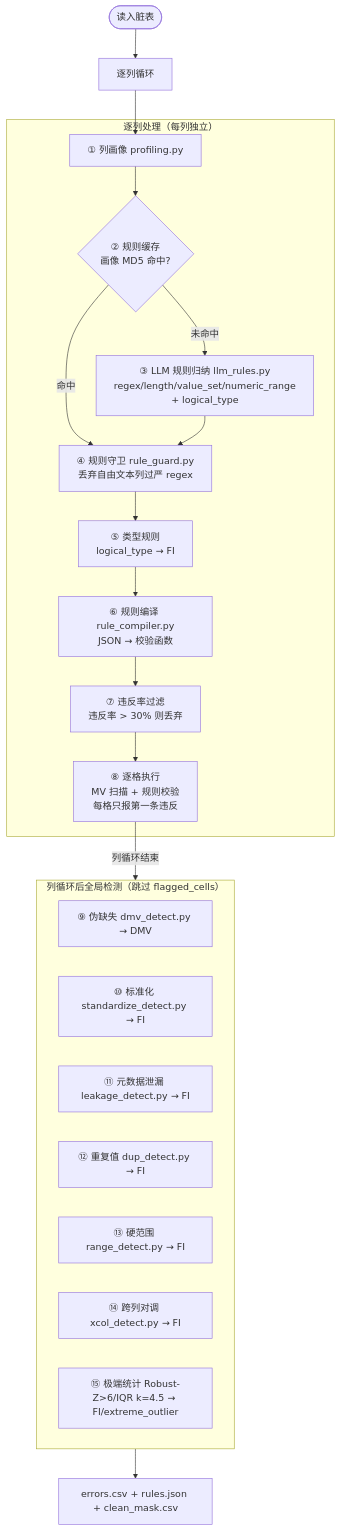
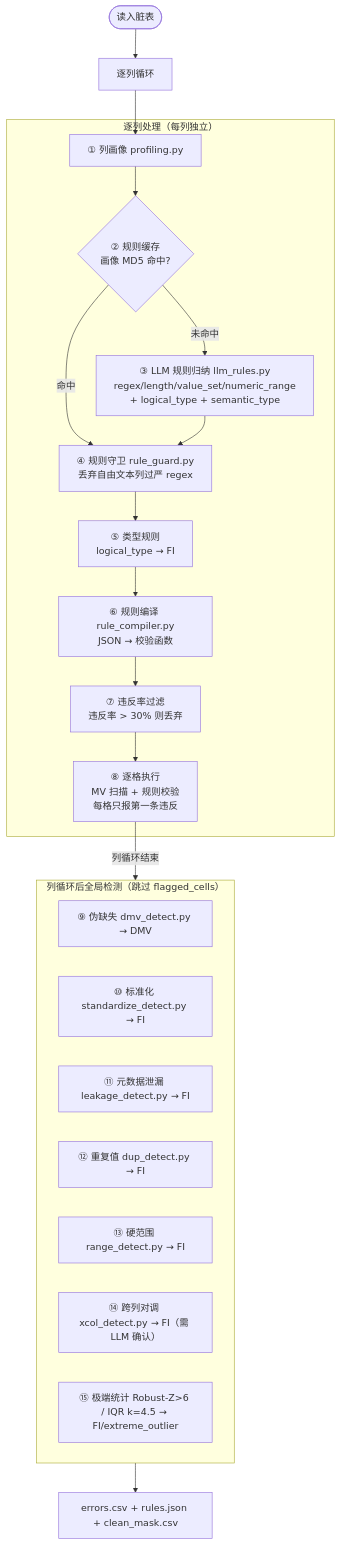
Before and after one commit to 1993371829/error_detect: the third of 5 diagrams in PIPELINE.md, drawn with Mermaid. The commit also changed other lines of this file, not shown here.

````diff
--- a/PIPELINE.md
+++ b/PIPELINE.md
@@ -171,34 +165,34 @@
 ```mermaid
 flowchart TD
     START(["读入脏表"]) --> COL_LOOP["逐列循环"]
 
     subgraph PER_COL["逐列处理（每列独立）"]
         PROF["① 列画像 profiling.py"]
         CACHE{"② 规则缓存<br/>画像 MD5 命中?"}
-        LLM["③ LLM 规则归纳 llm_rules.py<br/>regex/length/value_set/numeric_range<br/>+ logical_type"]
+        LLM["③ LLM 规则归纳 llm_rules.py<br/>regex/length/value_set/numeric_range<br/>+ logical_type + semantic_type"]
         GUARD["④ 规则守卫 rule_guard.py<br/>丢弃自由文本列过严 regex"]
         TYPE["⑤ 类型规则<br/>logical_type → FI"]
         COMPILE["⑥ 规则编译 rule_compiler.py<br/>JSON → 校验函数"]
         FILTER["⑦ 违反率过滤<br/>违反率 > 30% 则丢弃"]
         CELL["⑧ 逐格执行<br/>MV 扫描 + 规则校验<br/>每格只报第一条违反"]
     end
 
     COL_LOOP --> PROF --> CACHE
     CACHE -->|命中| GUARD
     CACHE -->|未命中| LLM --> GUARD
     GUARD --> TYPE --> COMPILE --> FILTER --> CELL
 
     CELL -->|列循环结束| GLOBAL
 
     subgraph GLOBAL["列循环后全局检测（跳过 flagged_cells）"]
         DMV["⑨ 伪缺失 dmv_detect.py → DMV"]
         STD["⑩ 标准化 standardize_detect.py → FI"]
         LEAK["⑪ 元数据泄漏 leakage_detect.py → FI"]
         DUP["⑫ 重复值 dup_detect.py → FI"]
         RANGE["⑬ 硬范围 range_detect.py → FI"]
-        XCOL["⑭ 跨列对调 xcol_detect.py → FI"]
-        STAT["⑮ 极端统计 Robust-Z>6/IQR k=4.5 → FI/extreme_outlier"]
+        XCOL["⑭ 跨列对调 xcol_detect.py → FI（需 LLM 确认）"]
+        STAT["⑮ 极端统计 Robust-Z>6 / IQR k=4.5 → FI/extreme_outlier"]
     end
 
     GLOBAL --> OUT["errors.csv + rules.json + clean_mask.csv"]
 ```
````
